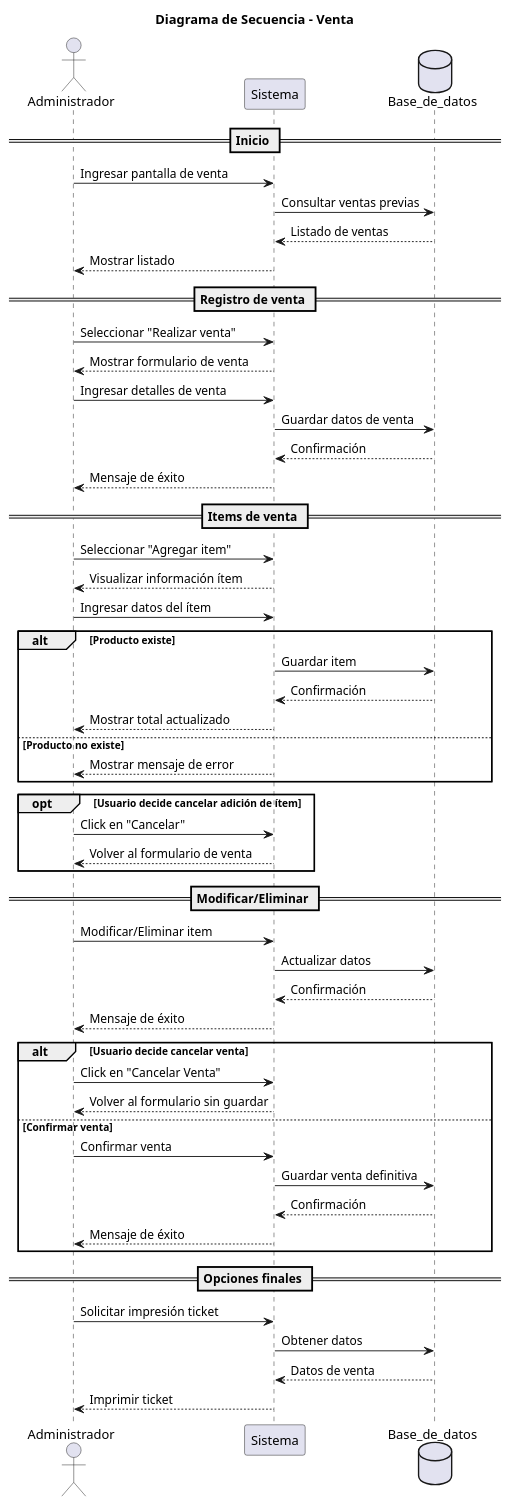
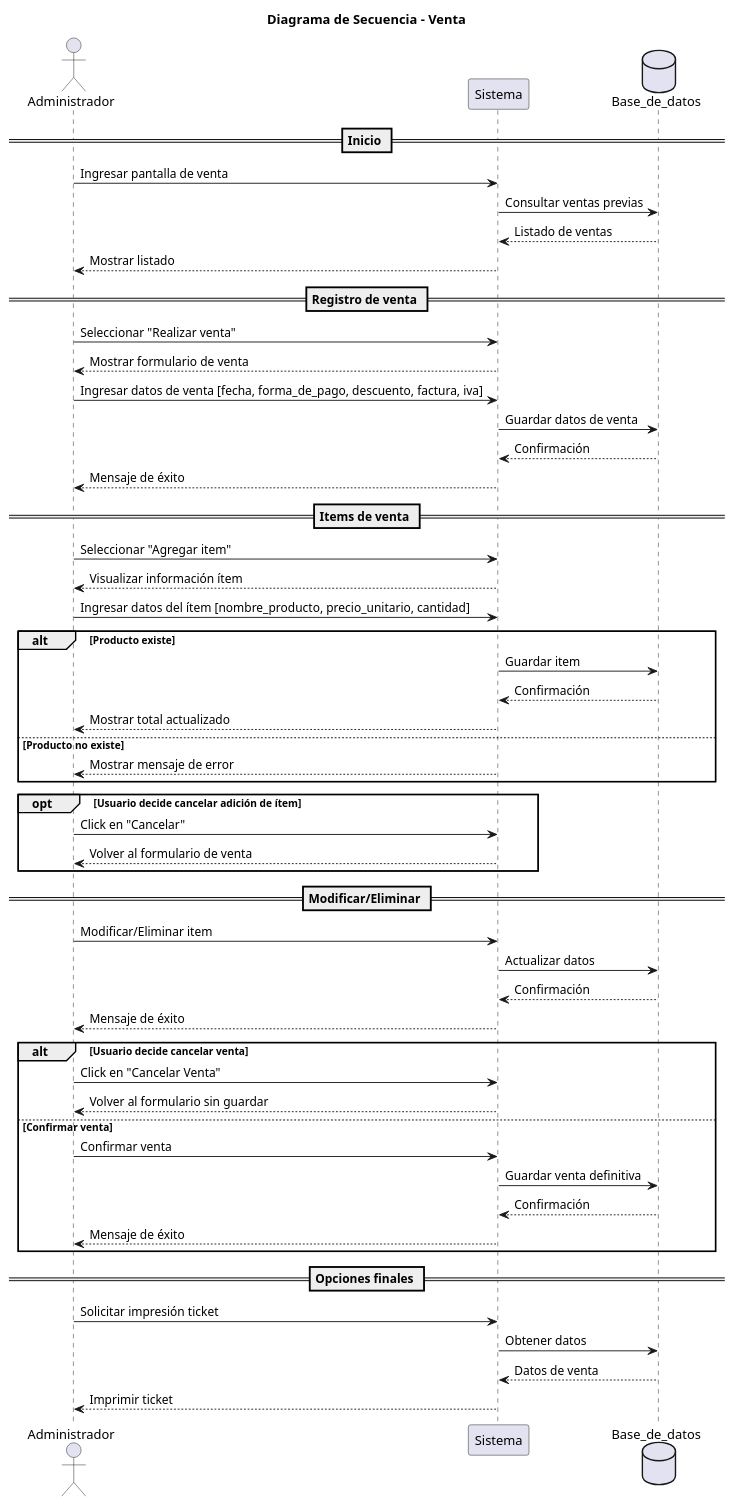
Before and after one commit to Luci1274/PPI_Proyecto_gomeria: the diagram in 08-Diagrama-secuencia/02_Venta.puml, drawn with PlantUML.

Commit message:
Actualizacion de archivo

```diff
--- a/08-Diagrama-secuencia/02_Venta.puml
+++ b/08-Diagrama-secuencia/02_Venta.puml
@@ -1,71 +1,71 @@
 @startuml Venta
 title Diagrama de Secuencia - Venta
 
 
 actor Administrador as Admin
 participant Sistema as Sistema
 database Base_de_datos as BD
 
 
 == Inicio ==
 Admin -> Sistema: Ingresar pantalla de venta
 Sistema -> BD: Consultar ventas previas
 BD --> Sistema: Listado de ventas
 Sistema --> Admin: Mostrar listado
 
 
 == Registro de venta ==
 Admin -> Sistema: Seleccionar "Realizar venta"
 Sistema --> Admin: Mostrar formulario de venta
-Admin -> Sistema: Ingresar detalles de venta
+Admin -> Sistema: Ingresar datos de venta [fecha, forma_de_pago, descuento, factura, iva]
 Sistema -> BD: Guardar datos de venta
 BD --> Sistema: Confirmación
 Sistema --> Admin: Mensaje de éxito
 
 
 == Items de venta ==
 Admin -> Sistema: Seleccionar "Agregar item"
 Sistema --> Admin: Visualizar información ítem
-Admin -> Sistema: Ingresar datos del ítem
+Admin -> Sistema: Ingresar datos del ítem [nombre_producto, precio_unitario, cantidad]
 
 
 alt Producto existe
    Sistema -> BD: Guardar item
    BD --> Sistema: Confirmación
    Sistema --> Admin: Mostrar total actualizado
 else Producto no existe
    Sistema --> Admin: Mostrar mensaje de error
 end
 
 
 opt Usuario decide cancelar adición de ítem
    Admin -> Sistema: Click en "Cancelar"
    Sistema --> Admin: Volver al formulario de venta
 end
 
 
 == Modificar/Eliminar ==
 Admin -> Sistema: Modificar/Eliminar item
 Sistema -> BD: Actualizar datos
 BD --> Sistema: Confirmación
 Sistema --> Admin: Mensaje de éxito
 
 alt Usuario decide cancelar venta
    Admin -> Sistema: Click en "Cancelar Venta"
    Sistema --> Admin: Volver al formulario sin guardar
 else Confirmar venta
    Admin -> Sistema: Confirmar venta
    Sistema -> BD: Guardar venta definitiva
    BD --> Sistema: Confirmación
    Sistema --> Admin: Mensaje de éxito
 end
 
 
 == Opciones finales ==
 Admin -> Sistema: Solicitar impresión ticket
 Sistema -> BD: Obtener datos
 BD --> Sistema: Datos de venta
 Sistema --> Admin: Imprimir ticket
 
 
 @enduml
```
